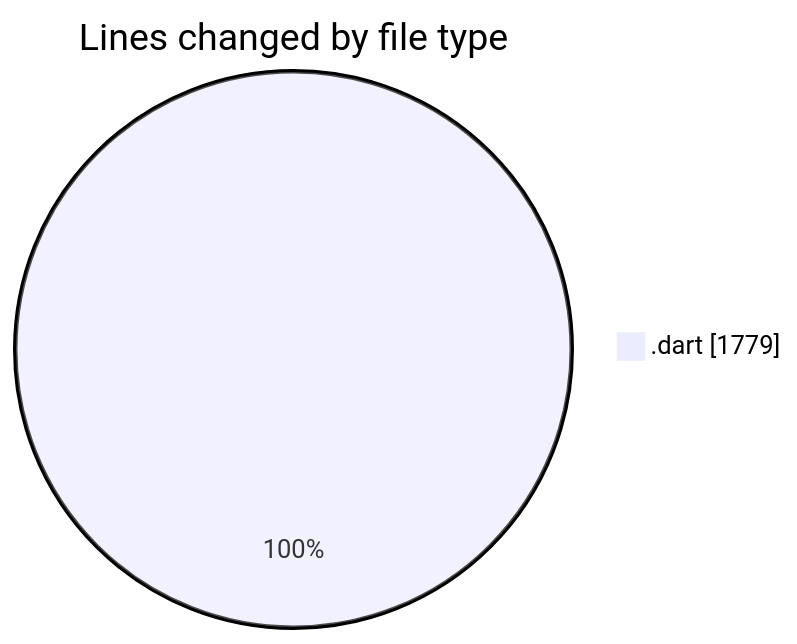
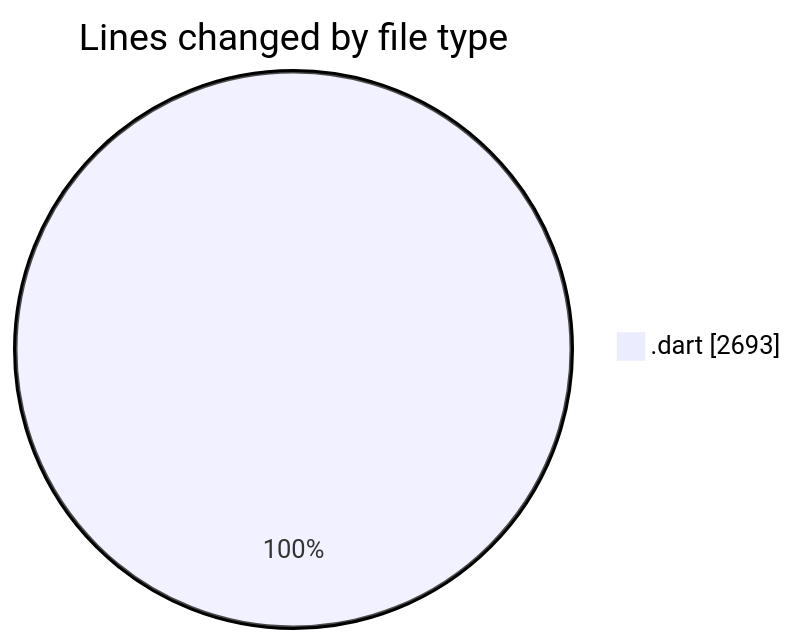
Before and after one commit to donsfak/code-tracking: the first of 2 diagrams in 2025-04-10/trackers_app/README.md, drawn with Mermaid. The commit also changed other lines of this file and 1 other file, not shown here.

````diff
--- a/2025-04-10/trackers_app/README.md
+++ b/2025-04-10/trackers_app/README.md
@@ -38,5 +42,5 @@
 ```mermaid
 pie showData
 title Lines changed by file type
-".dart" : 1779
+".dart" : 2693
 ```
````
